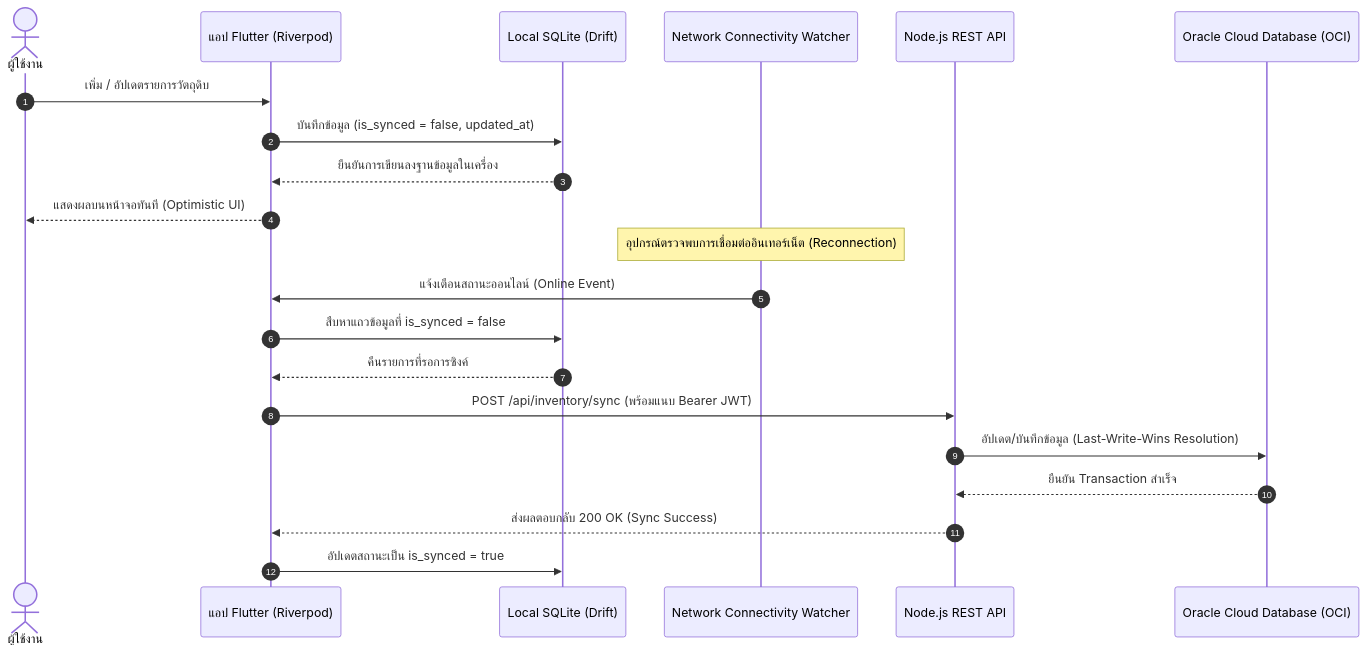
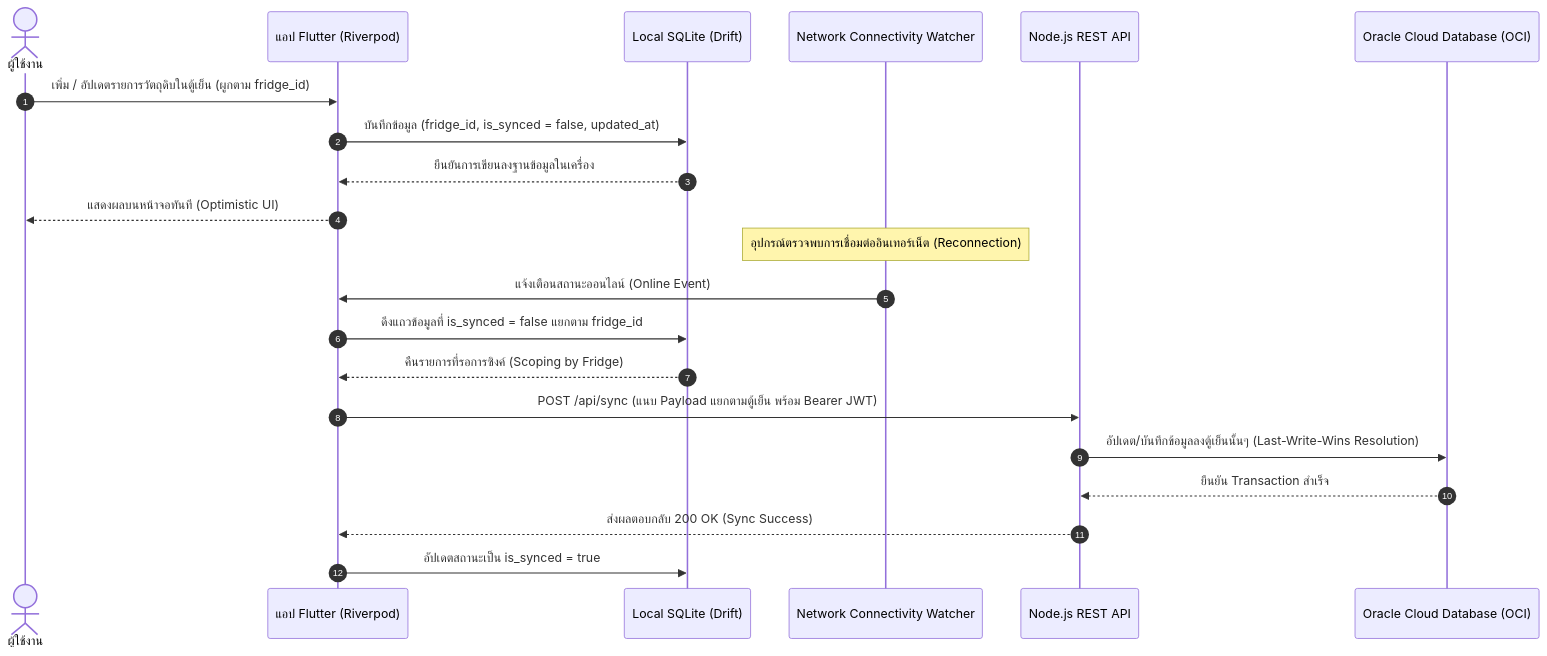
Before and after one commit to Tanabordi/FM-EAA: the third of 4 diagrams in README.md, drawn with Mermaid. The commit also changed other lines of this file, not shown here.

````diff
--- a/README.md
+++ b/README.md
@@ -223,25 +243,25 @@
 ```mermaid
 sequenceDiagram
     autonumber
     actor User as ผู้ใช้งาน
     participant App as แอป Flutter (Riverpod)
     participant LocalDB as Local SQLite (Drift)
     participant NetWatcher as Network Connectivity Watcher
     participant API as Node.js REST API
     participant Oracle as Oracle Cloud Database (OCI)
 
-    User->>App: เพิ่ม / อัปเดตรายการวัตถุดิบ
-    App->>LocalDB: บันทึกข้อมูล (is_synced = false, updated_at)
+    User->>App: เพิ่ม / อัปเดตรายการวัตถุดิบในตู้เย็น (ผูกตาม fridge_id)
+    App->>LocalDB: บันทึกข้อมูล (fridge_id, is_synced = false, updated_at)
     LocalDB-->>App: ยืนยันการเขียนลงฐานข้อมูลในเครื่อง
     App-->>User: แสดงผลบนหน้าจอทันที (Optimistic UI)
 
     Note over NetWatcher: อุปกรณ์ตรวจพบการเชื่อมต่ออินเทอร์เน็ต (Reconnection)
     NetWatcher->>App: แจ้งเตือนสถานะออนไลน์ (Online Event)
-    App->>LocalDB: สืบหาแถวข้อมูลที่ is_synced = false
-    LocalDB-->>App: คืนรายการที่รอการซิงค์
-    App->>API: POST /api/inventory/sync (พร้อมแนบ Bearer JWT)
-    API->>Oracle: อัปเดต/บันทึกข้อมูล (Last-Write-Wins Resolution)
+    App->>LocalDB: ดึงแถวข้อมูลที่ is_synced = false แยกตาม fridge_id
+    LocalDB-->>App: คืนรายการที่รอการซิงค์ (Scoping by Fridge)
+    App->>API: POST /api/sync (แนบ Payload แยกตามตู้เย็น พร้อม Bearer JWT)
+    API->>Oracle: อัปเดต/บันทึกข้อมูลลงตู้เย็นนั้นๆ (Last-Write-Wins Resolution)
     Oracle-->>API: ยืนยัน Transaction สำเร็จ
     API-->>App: ส่งผลตอบกลับ 200 OK (Sync Success)
     App->>LocalDB: อัปเดตสถานะเป็น is_synced = true
 ```
````
